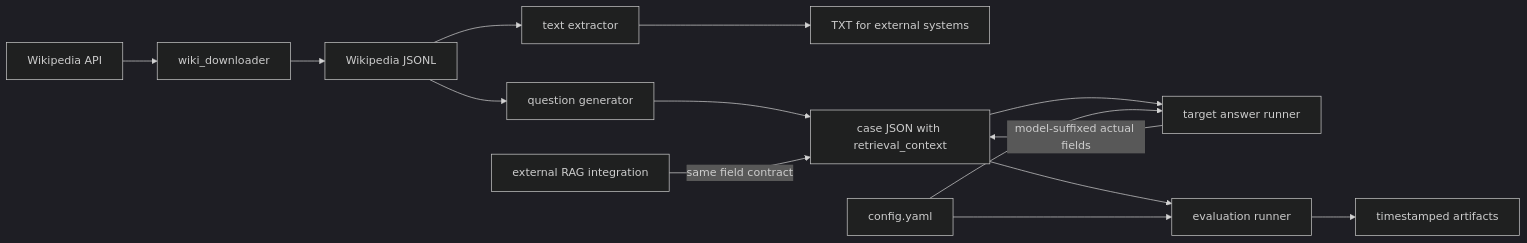
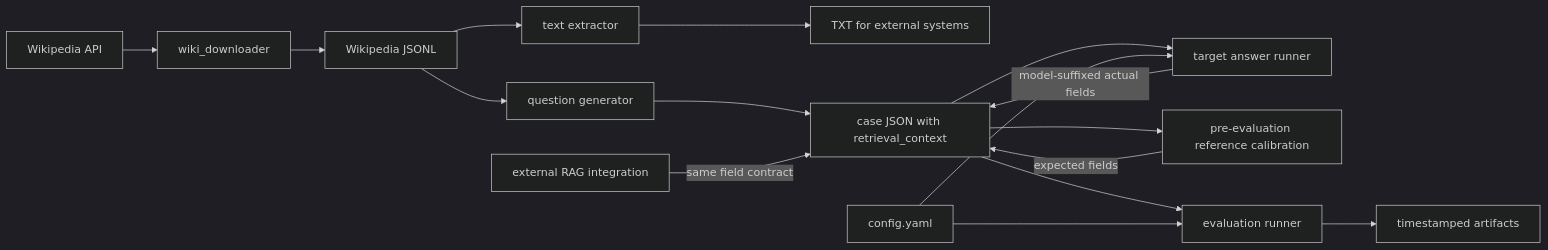
The diagram in docs/ARCHITECTURE.md (SenRanja/veri-evaluation), drawn with Mermaid (dark theme) before and after one commit. The commit also changed other lines of this file and 6 other files, not shown here.

````diff
--- a/docs/ARCHITECTURE.md
+++ b/docs/ARCHITECTURE.md
@@ -31,16 +32,18 @@
 ```mermaid
 flowchart LR
     W[Wikipedia API] --> D[wiki_downloader]
     D --> J[Wikipedia JSONL]
     J --> G[question generator]
     J --> X[text extractor]
     X --> T[TXT for external systems]
     G --> C[case JSON with retrieval_context]
     C --> A[target answer runner]
     A -->|model-suffixed actual fields| C
+    C --> R[pre-evaluation reference calibration]
+    R -->|expected fields| C
     E[external RAG integration] -->|same field contract| C
     C --> V[evaluation runner]
     Y[config.yaml] --> A
     Y --> V
     V --> O[timestamped artifacts]
 ```
````
